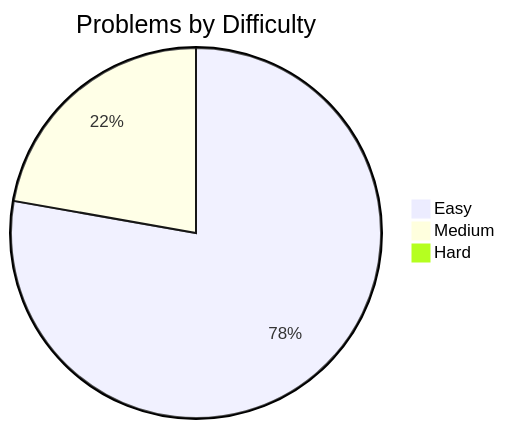
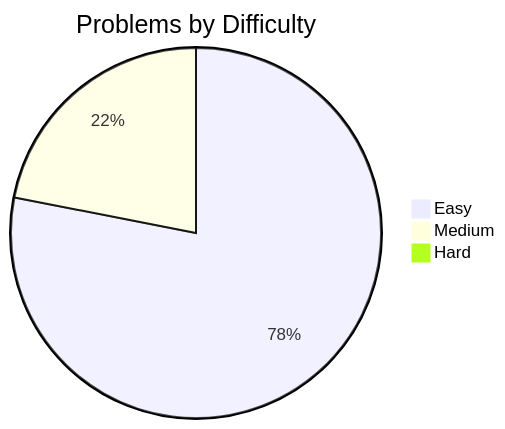
The diagram in README.md (davelin18yufan/leetcode-journal), drawn with Mermaid before and after one commit. The commit also changed other lines of this file and 4 other files, not shown here.

````diff
--- a/README.md
+++ b/README.md
@@ -7,7 +7,7 @@
 ```mermaid
 pie
     title Problems by Difficulty
-    "Easy" : 56
+    "Easy" : 57
     "Medium" : 16
     "Hard" : 0
 ```
````
